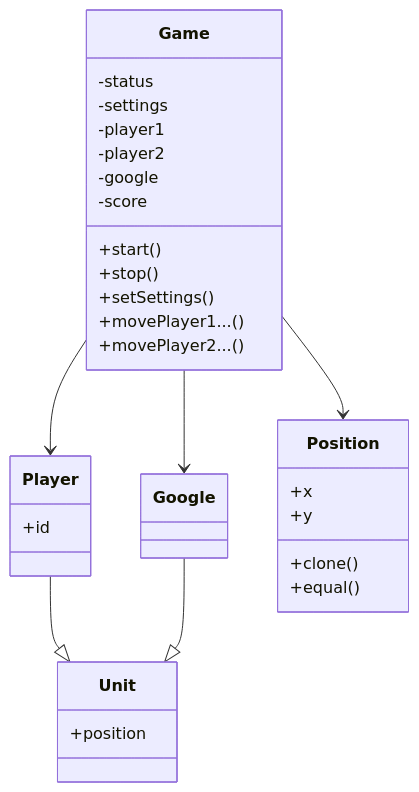
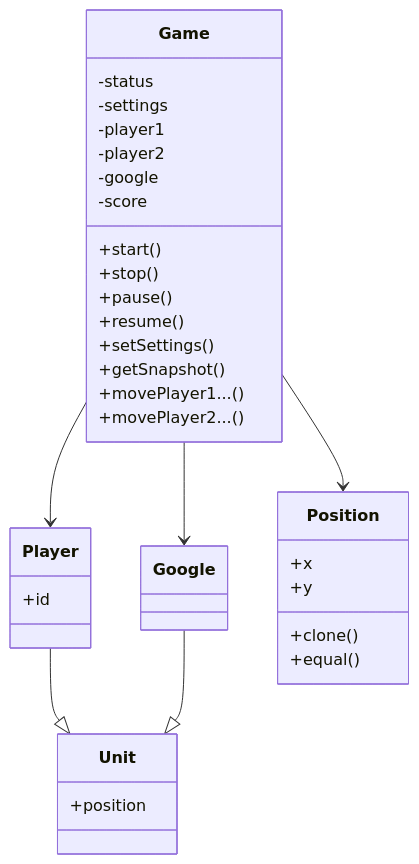
One commit to Alexander0Yusov/catch-the-google changed the third of 4 diagrams in README.md. Above: the diagram before and after it, drawn with Mermaid. The commit also changed other lines of this file, not shown here.

````diff
--- a/README.md
+++ b/README.md
@@ -165,35 +196,38 @@
 ```mermaid
 classDiagram
   class Game {
     -status
     -settings
     -player1
     -player2
     -google
     -score
     +start()
     +stop()
+    +pause()
+    +resume()
     +setSettings()
+    +getSnapshot()
     +movePlayer1...()
     +movePlayer2...()
   }
   class Unit {
     +position
   }
   class Player {
     +id
   }
   class Google
   class Position {
     +x
     +y
     +clone()
     +equal()
   }
 
   Game --> Player
   Game --> Google
   Game --> Position
   Player --|> Unit
   Google --|> Unit
 ```
````
